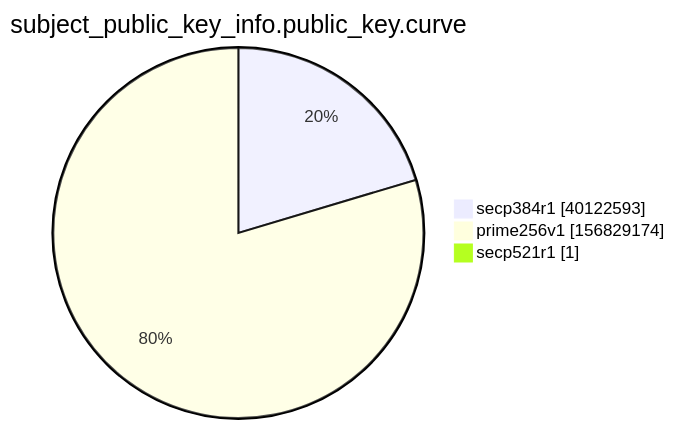
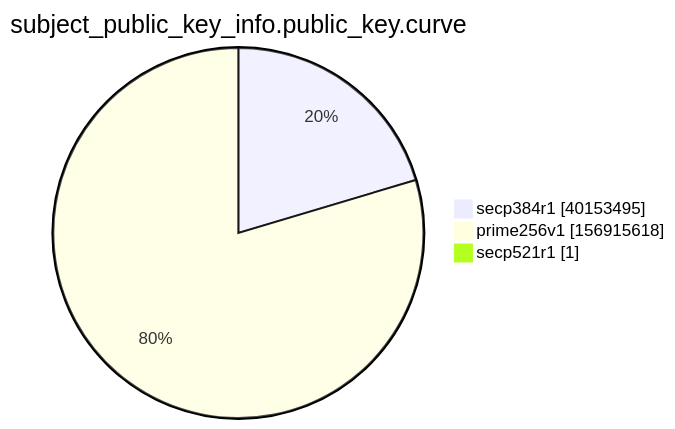
Before and after one commit to christiankrug/ctmonitor_visualization: the ninth of 15 diagrams in xenon2022/README.md, drawn with Mermaid. The commit also changed other lines of this file, not shown here.

````diff
--- a/xenon2022/README.md
+++ b/xenon2022/README.md
@@ -2866,7 +2866,7 @@
 ```mermaid
 pie showData
 title subject_public_key_info.public_key.curve
-"secp384r1" :40122593
-"prime256v1" :156829174
+"secp384r1" :40153495
+"prime256v1" :156915618
 "secp521r1" :1
 ```
````
